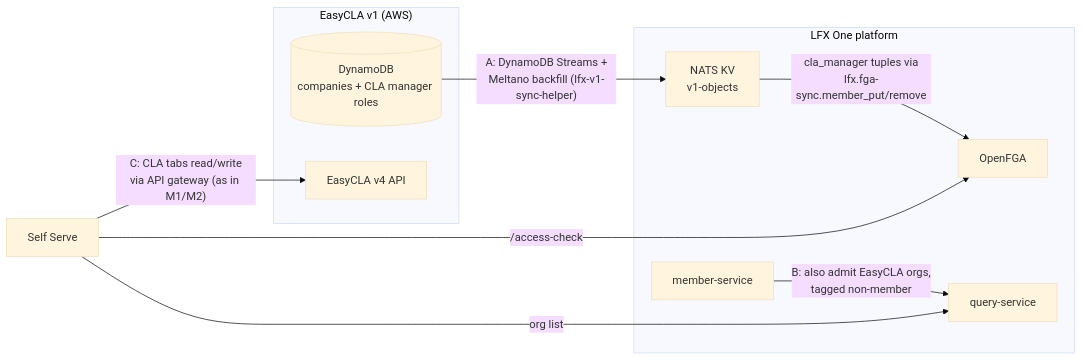
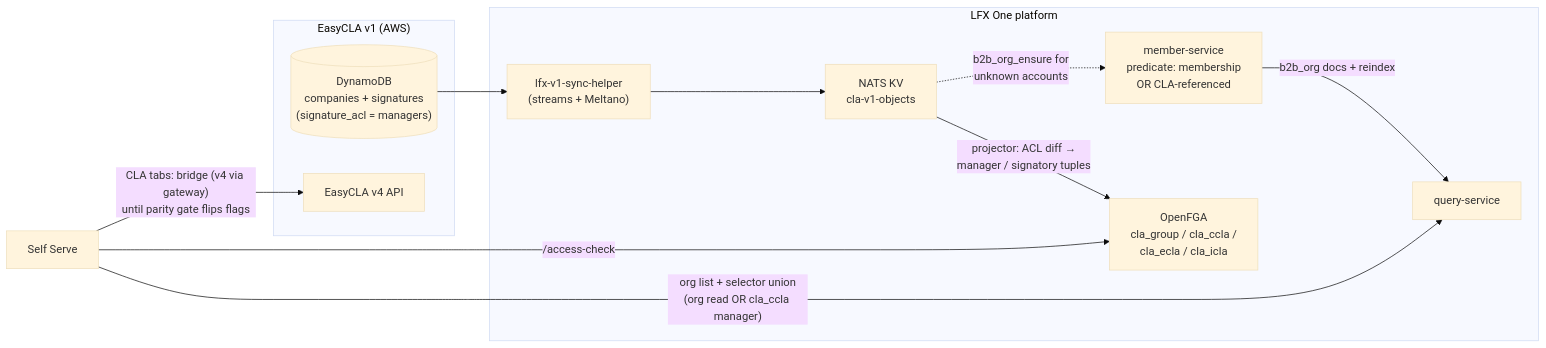
Before and after one commit to linuxfoundation/easycla: the second of 2 diagrams in specs/001-easycla-ss-integration-fable/06-m3-org-visibility-and-access.md, drawn with Mermaid (base theme). The commit also changed other lines of this file, not shown here.

First line of the commit message:
docs: update M3 org visibility doc with architecture-call outcome

````diff
--- a/specs/001-easycla-ss-integration-fable/06-m3-org-visibility-and-access.md
+++ b/specs/001-easycla-ss-integration-fable/06-m3-org-visibility-and-access.md
@@ -40,19 +44,21 @@
 ```mermaid
 flowchart LR
     subgraph v1 ["EasyCLA v1 (AWS)"]
-        DDB[("DynamoDB<br/>companies + CLA manager roles")]
+        DDB[("DynamoDB<br/>companies + signatures<br/>(signature_acl = managers)")]
         V4["EasyCLA v4 API"]
     end
     subgraph platform ["LFX One platform"]
-        KV["NATS KV<br/>v1-objects"]
-        FGA["OpenFGA"]
-        MS["member-service"]
+        SH["lfx-v1-sync-helper<br/>(streams + Meltano)"]
+        KV["NATS KV<br/>cla-v1-objects"]
+        MS["member-service<br/>predicate: membership<br/>OR CLA-referenced"]
+        FGA["OpenFGA<br/>cla_group / cla_ccla /<br/>cla_ecla / cla_icla"]
         QS["query-service"]
     end
-    DDB -->|"A: DynamoDB Streams +<br/>Meltano backfill (lfx-v1-sync-helper)"| KV
-    KV -->|"cla_manager tuples via<br/>lfx.fga-sync.member_put/remove"| FGA
-    MS -->|"B: also admit EasyCLA orgs,<br/>tagged non-member"| QS
-    SS["Self Serve"] -->|"org list"| QS
+    DDB --> SH --> KV
+    KV -->|"projector: ACL diff →<br/>manager / signatory tuples"| FGA
+    KV -.->|"b2b_org_ensure for<br/>unknown accounts"| MS
+    MS -->|"b2b_org docs + reindex"| QS
+    SS["Self Serve"] -->|"org list + selector union<br/>(org read OR cla_ccla manager)"| QS
     SS -->|"/access-check"| FGA
-    SS -->|"C: CLA tabs read/write<br/>via API gateway (as in M1/M2)"| V4
+    SS -->|"CLA tabs: bridge (v4 via gateway)<br/>until parity gate flips flags"| V4
 ```
````
